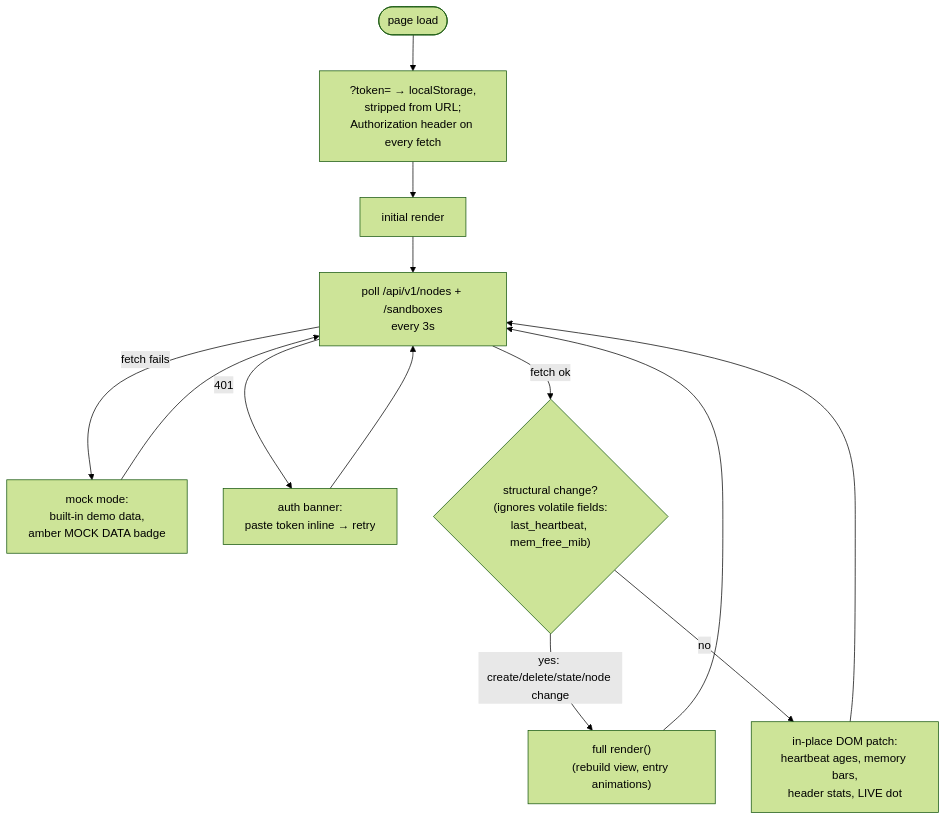
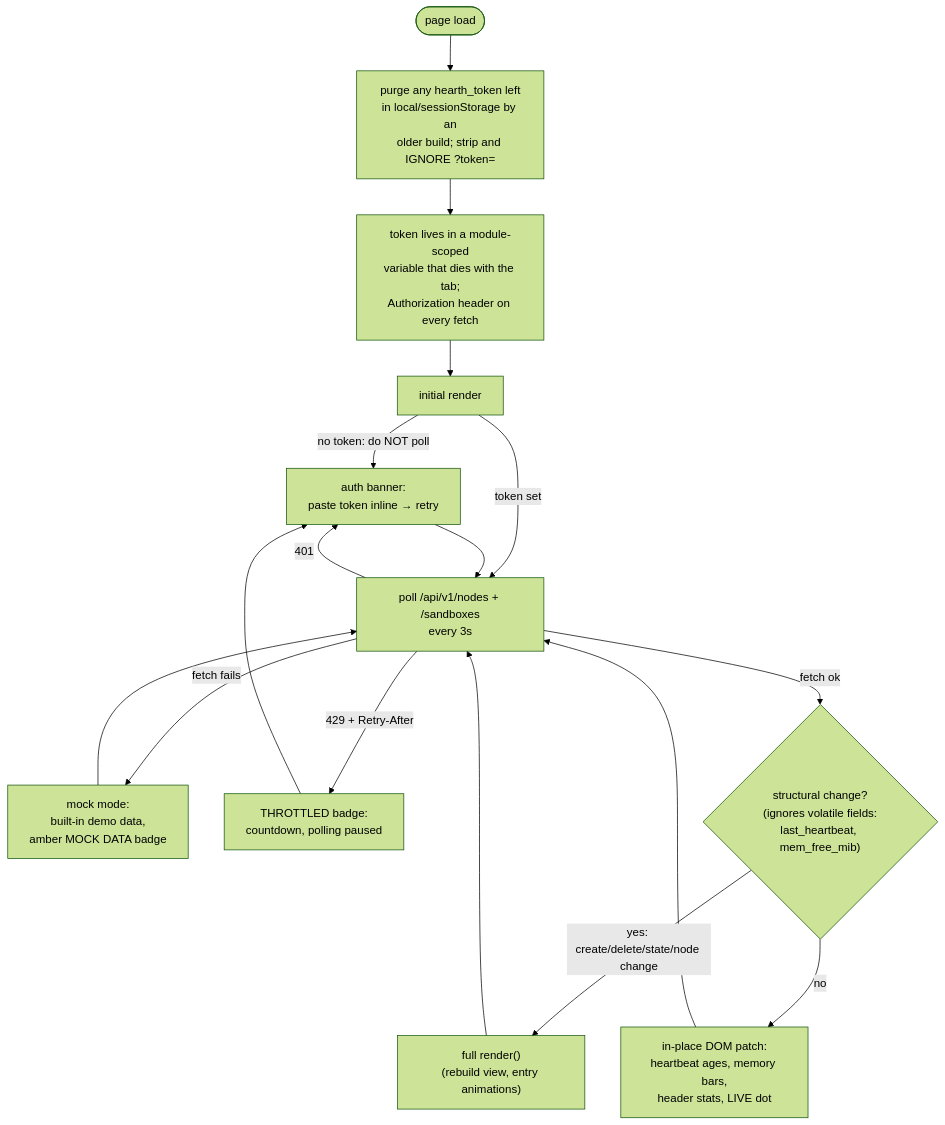
Before and after one commit to Sodoko-dev/felucca: the tenth of 11 diagrams in docs/ARCHITECTURE.md, drawn with Mermaid (forest theme). The commit also changed other lines of this file and 109 other files, not shown here.

````diff
--- a/docs/ARCHITECTURE.md
+++ b/docs/ARCHITECTURE.md
@@ -391,15 +476,19 @@
 ```mermaid
 flowchart TD
-    START(["page load"]) --> TOK["?token= → localStorage,<br/>stripped from URL;<br/>Authorization header on every fetch"]
+    START(["page load"]) --> PURGE["purge any hearth_token left<br/>in local/sessionStorage by an<br/>older build; strip and IGNORE ?token="]
+    PURGE --> TOK["token lives in a module-scoped<br/>variable that dies with the tab;<br/>Authorization header on every fetch"]
     TOK --> R0["initial render"]
-    R0 --> P["poll /api/v1/nodes + /sandboxes<br/>every 3s"]
+    R0 -->|"no token: do NOT poll"| BANNER
+    R0 -->|token set| P["poll /api/v1/nodes + /sandboxes<br/>every 3s"]
     P -->|fetch fails| MOCK["mock mode:<br/>built-in demo data,<br/>amber MOCK DATA badge"]
     MOCK --> P
     P -->|"401"| BANNER["auth banner:<br/>paste token inline → retry"]
+    P -->|"429 + Retry-After"| THROTTLED["THROTTLED badge:<br/>countdown, polling paused"]
+    THROTTLED --> BANNER
     BANNER --> P
     P -->|fetch ok| DIFF{"structural change?<br/>(ignores volatile fields:<br/>last_heartbeat, mem_free_mib)"}
     DIFF -->|yes: create/delete/state/node change| FULL["full render()<br/>(rebuild view, entry animations)"]
     DIFF -->|no| PATCH["in-place DOM patch:<br/>heartbeat ages, memory bars,<br/>header stats, LIVE dot"]
     FULL --> P
     PATCH --> P
 ```
````
